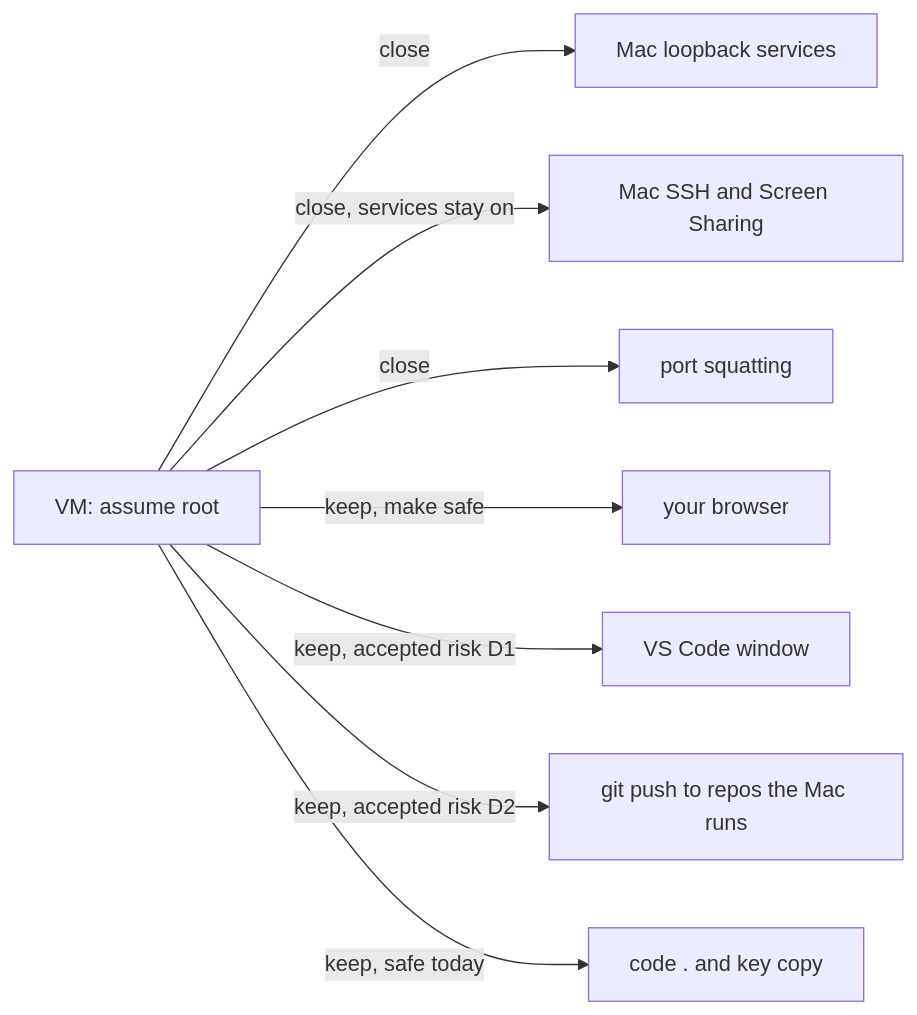
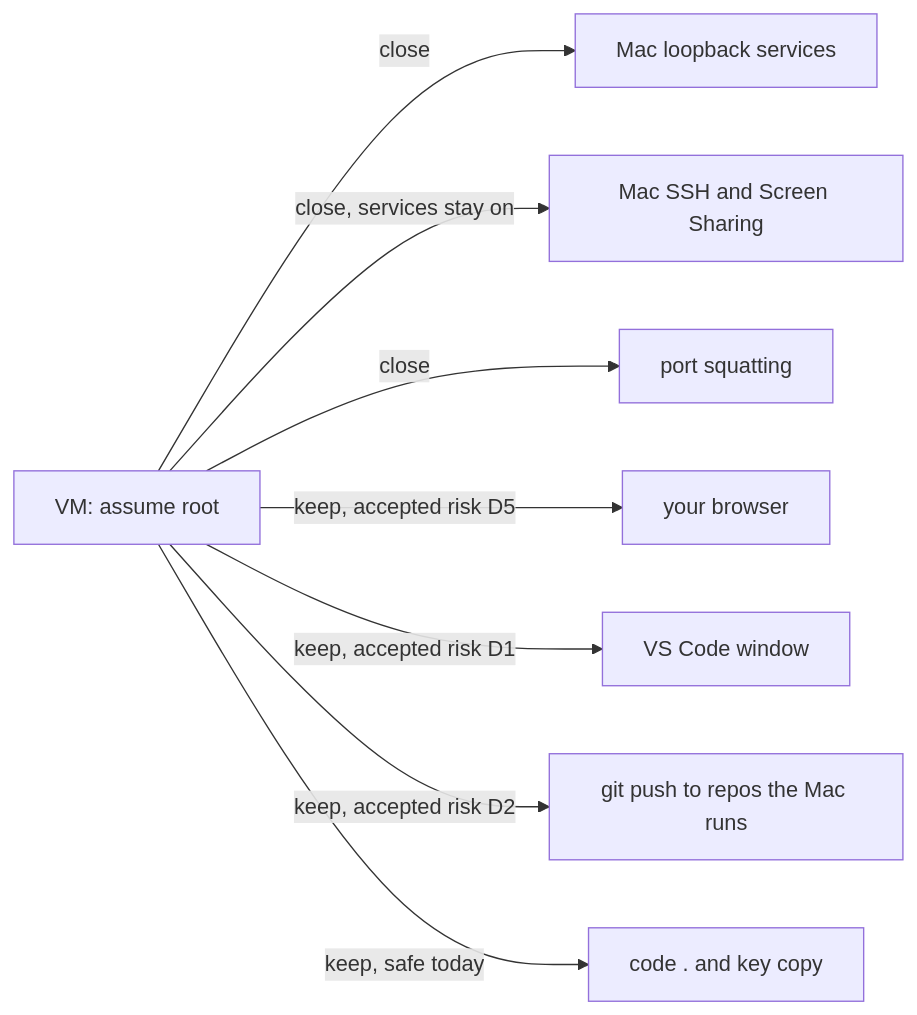
Before and after one commit to acastro2/mac-bootstrap: the first of 2 diagrams in docs/den/JAILBREAK.md, drawn with Mermaid. The commit also changed other lines of this file, not shown here.

First line of the commit message:
docs(den): make the file agree with its own decisions

````diff
--- a/docs/den/JAILBREAK.md
+++ b/docs/den/JAILBREAK.md
@@ -14,11 +14,11 @@
 ```mermaid
 flowchart LR
   VM[VM: assume root]
   VM -->|close| L[Mac loopback services]
   VM -->|close, services stay on| S[Mac SSH and Screen Sharing]
   VM -->|close| P[port squatting]
-  VM -->|keep, make safe| B[your browser]
+  VM -->|keep, accepted risk D5| B[your browser]
   VM -->|keep, accepted risk D1| V[VS Code window]
   VM -->|keep, accepted risk D2| G[git push to repos the Mac runs]
   VM -->|keep, safe today| C[code . and key copy]
 ```
````
